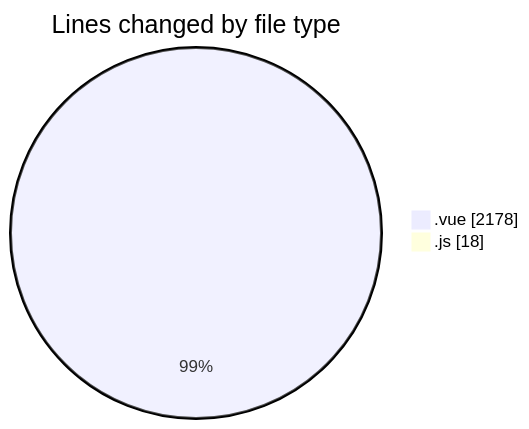
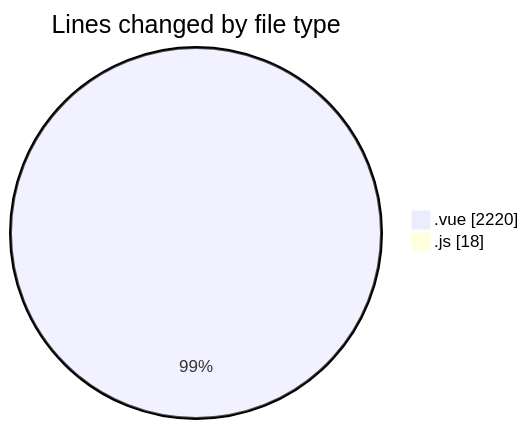
Before and after one commit to lephambinh05/code-tracking: the first of 2 diagrams in 2025-08-13/rentotp/README.md, drawn with Mermaid. The commit also changed other lines of this file and 1 other file, not shown here.

````diff
--- a/2025-08-13/rentotp/README.md
+++ b/2025-08-13/rentotp/README.md
@@ -28,6 +28,6 @@
 ```mermaid
 pie showData
 title Lines changed by file type
-".vue" : 2178
+".vue" : 2220
 ".js" : 18
 ```
````
